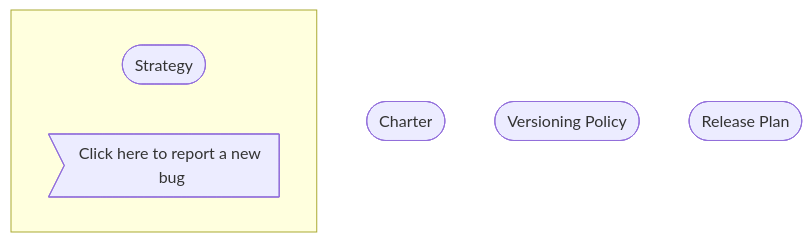
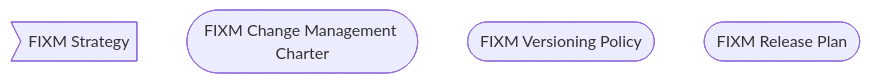
One commit to hlepori/test_docsify changed the diagram in docs/home.md. Above: the diagram before and after it, drawn with Mermaid.

````diff
--- a/docs/home.md
+++ b/docs/home.md
@@ -9,14 +9,9 @@
 ```mermaid
 graph TD
-STRATEGY([Strategy])
-CHARTER([Charter])
-VERSIONING([Versioning Policy])
-RELEASEPLAN([Release Plan])
+STRATEGY>FIXM Strategy]
+CHARTER([FIXM Change Management Charter])
+VERSIONING([FIXM Versioning Policy])
+RELEASEPLAN([FIXM Release Plan])
 
-subgraph click_here_to_report_a_bug [ ]
-STRATEGY
-CLICK_HERE>Click here to report a new bug]
-end click_here_to_report_a_bug
-
-click CLICK_HERE "https://ost.eurocontrol.int/sites/FIXM/Lists/Bug%20reports/AllItems.aspx" "Click to report a new bug" _blank
+click STRATEGY "https://ost.eurocontrol.int/sites/FIXM/Lists/Bug%20reports/AllItems.aspx" "Go to the FIXM Strategy" _blank
 ```
````
